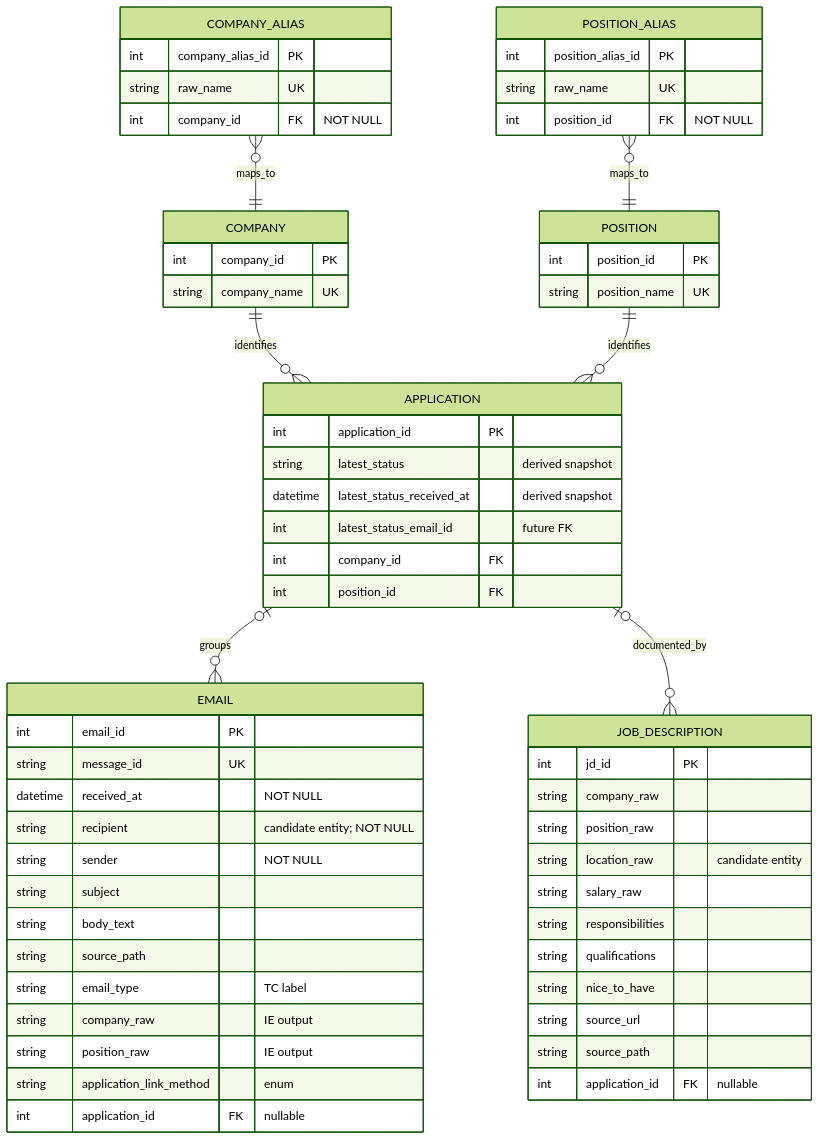
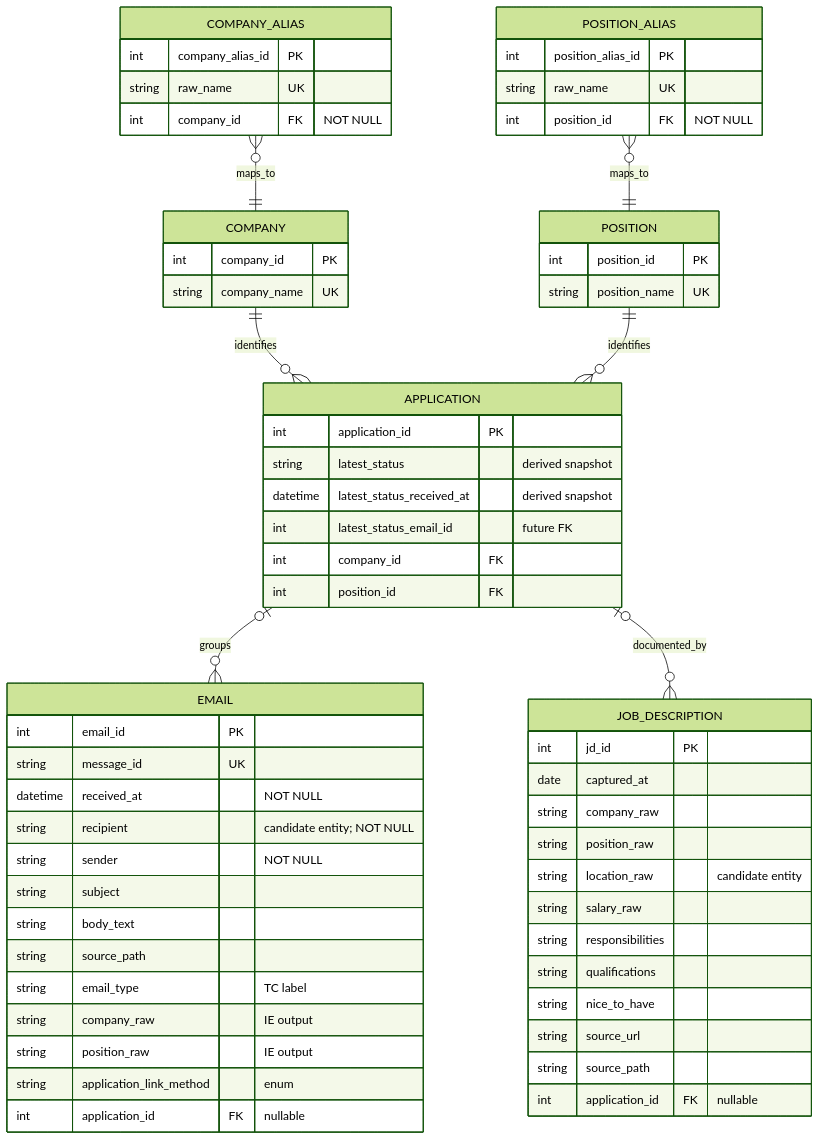
One commit to Kaichao-Zheng/Heard-Back-Yet changed the diagram in docs/logical_schema.md. Above: the diagram before and after it, drawn with Mermaid (forest theme). The commit also changed 5 other files, not shown here.

````diff
--- a/docs/logical_schema.md
+++ b/docs/logical_schema.md
@@ -1,73 +1,74 @@
 ```mermaid
 erDiagram
     COMPANY_ALIAS {
         int company_alias_id PK
         string raw_name UK
         int company_id FK "NOT NULL"
     }
 
     POSITION_ALIAS {
         int position_alias_id PK
         string raw_name UK
         int position_id FK "NOT NULL"
     }
 
     COMPANY {
         int company_id PK
         string company_name UK
     }
 
     POSITION {
         int position_id PK
         string position_name UK
     }
 
     APPLICATION {
         int application_id PK
         string latest_status "derived snapshot"
         datetime latest_status_received_at "derived snapshot"
         int latest_status_email_id "future FK"
         int company_id FK
         int position_id FK
     }
 
     EMAIL {
         int email_id PK
         string message_id UK
         datetime received_at "NOT NULL"
         string recipient "candidate entity; NOT NULL"
         string sender "NOT NULL"
         string subject
         string body_text
         string source_path
         string email_type "TC label"
         string company_raw "IE output"
         string position_raw "IE output"
         string application_link_method "enum"
         int application_id FK "nullable"
     }
 
     JOB_DESCRIPTION {
         int jd_id PK
+        date captured_at
         string company_raw
         string position_raw
         string location_raw "candidate entity"
         string salary_raw
         string responsibilities
         string qualifications
         string nice_to_have
         string source_url
         string source_path
         int application_id FK "nullable"
     }
 
     
     COMPANY_ALIAS }o--|| COMPANY : maps_to
     POSITION_ALIAS }o--|| POSITION : maps_to
     
     COMPANY ||--o{ APPLICATION : identifies
     POSITION ||--o{ APPLICATION : identifies
 
     APPLICATION |o--o{ EMAIL : groups
     APPLICATION |o--o{ JOB_DESCRIPTION : documented_by
 ```
````
